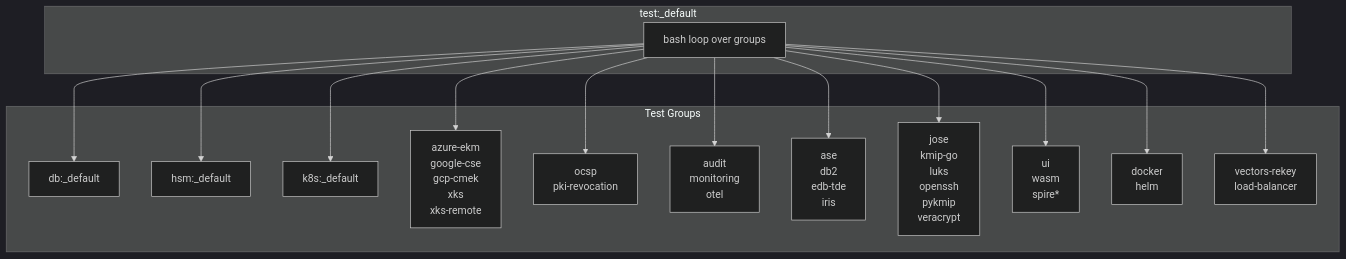
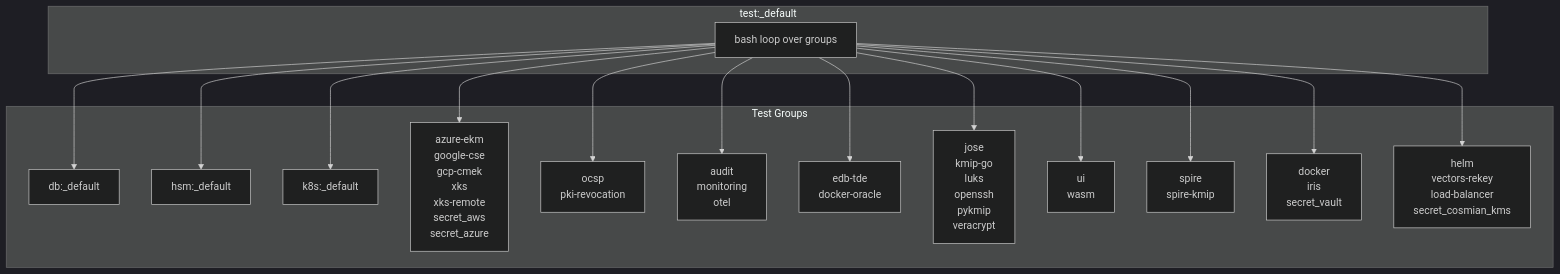
One commit to Cosmian/kms changed the first of 60 diagrams in .mise/tasks/test/README.md. Above: the diagram before and after it, drawn with Mermaid (dark theme). The commit also changed other lines of this file and 31 other files, not shown here.

````diff
--- a/.mise/tasks/test/README.md
+++ b/.mise/tasks/test/README.md
@@ -37,32 +37,34 @@
 ```mermaid
 graph TB
     subgraph Orchestrator["test:_default"]
         run["bash loop over groups"]
     end
 
     subgraph Groups["Test Groups"]
         DB["db:_default"]
         HSM["hsm:_default"]
         K8S["k8s:_default"]
-        Cloud["azure-ekm<br/>google-cse<br/>gcp-cmek<br/>xks<br/>xks-remote"]
+        Cloud["azure-ekm<br/>google-cse<br/>gcp-cmek<br/>xks<br/>xks-remote<br/>secret_aws<br/>secret_azure"]
         OCSP["ocsp<br/>pki-revocation"]
         Audit["audit<br/>monitoring<br/>otel"]
-        TDE["ase<br/>db2<br/>edb-tde<br/>iris"]
+        TDE["edb-tde<br/>docker-oracle"]
         Client["jose<br/>kmip-go<br/>luks<br/>openssh<br/>pykmip<br/>veracrypt"]
-        UI["ui<br/>wasm<br/>spire*"]
-        Docker["docker<br/>helm"]
-        Misc["vectors-rekey<br/>load-balancer"]
+        UI["ui<br/>wasm"]
+        Spire["spire<br/>spire-kmip"]
+        Docker["docker<br/>iris<br/>secret_vault"]
+        Local["helm<br/>vectors-rekey<br/>load-balancer<br/>secret_cosmian_kms"]
     end
 
     run --> DB
     run --> HSM
     run --> K8S
     run --> Cloud
     run --> OCSP
     run --> Audit
     run --> TDE
     run --> Client
     run --> UI
+    run --> Spire
     run --> Docker
-    run --> Misc
+    run --> Local
 ```
````
